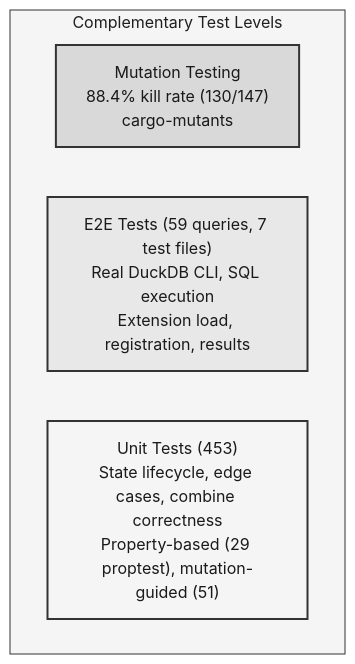
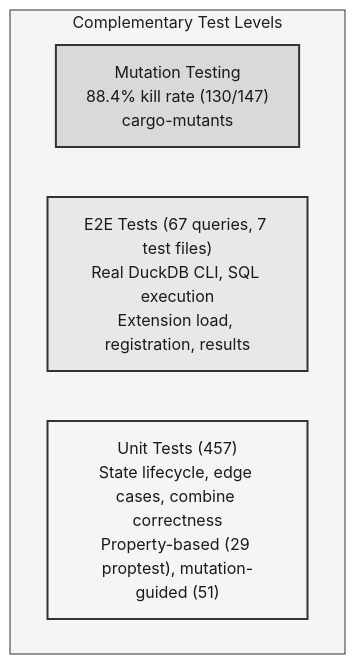
The second of 4 diagrams in docs/src/engineering.md (tomtom215/duckdb-behavioral), drawn with Mermaid before and after one commit. The commit also changed other lines of this file and 17 other files, not shown here.

````diff
--- a/docs/src/engineering.md
+++ b/docs/src/engineering.md
@@ -148,13 +148,13 @@
 ```mermaid
 %%{init: {'theme': 'base', 'themeVariables': {'primaryColor': '#ffffff', 'primaryTextColor': '#1a1a1a', 'primaryBorderColor': '#333333', 'lineColor': '#333333', 'secondaryColor': '#f5f5f5', 'tertiaryColor': '#e0e0e0', 'textColor': '#1a1a1a', 'clusterBkg': '#f5f5f5', 'clusterBorder': '#333333'}}}%%
 graph TB
     subgraph "Complementary Test Levels"
         L3["Mutation Testing<br/>88.4% kill rate (130/147)<br/>cargo-mutants"]
-        L2["E2E Tests (59 queries, 7 test files)<br/>Real DuckDB CLI, SQL execution<br/>Extension load, registration, results"]
-        L1["Unit Tests (453)<br/>State lifecycle, edge cases, combine correctness<br/>Property-based (29 proptest), mutation-guided (51)"]
+        L2["E2E Tests (67 queries, 7 test files)<br/>Real DuckDB CLI, SQL execution<br/>Extension load, registration, results"]
+        L1["Unit Tests (457)<br/>State lifecycle, edge cases, combine correctness<br/>Property-based (29 proptest), mutation-guided (51)"]
     end
 
     style L1 fill:#f5f5f5,stroke:#333333,stroke-width:2px,color:#1a1a1a
     style L2 fill:#e8e8e8,stroke:#333333,stroke-width:2px,color:#1a1a1a
     style L3 fill:#d9d9d9,stroke:#333333,stroke-width:2px,color:#1a1a1a
 ```
````
